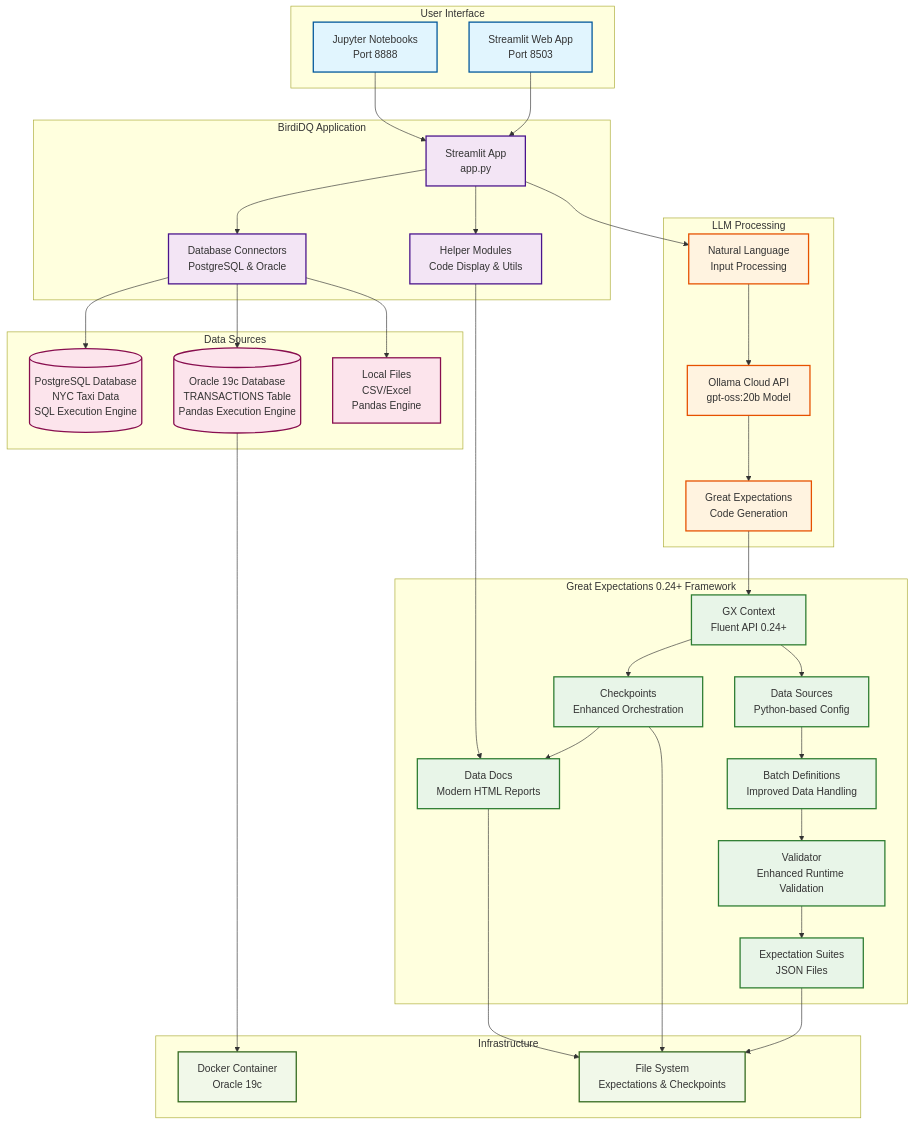
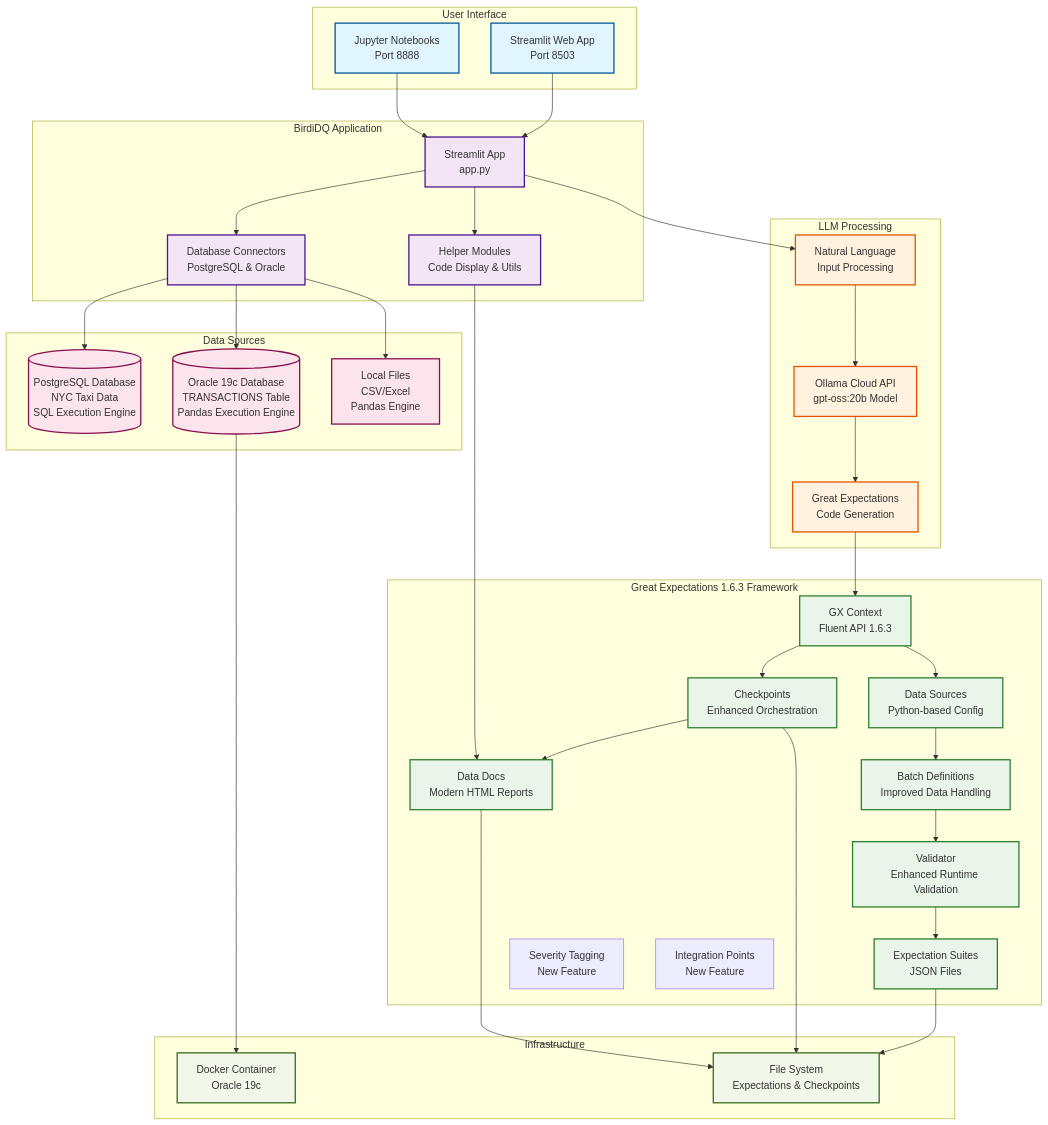
The second of 2 diagrams in MIGRATION_PLAN.md (YavinOwens/BirdiDQ_Ollama), drawn with Mermaid before and after one commit. The commit also changed other lines of this file and 1 other file, not shown here.

First line of the commit message:
Update migration plan to target Great Expectations 1.6.3

```diff
--- a/MIGRATION_PLAN.md
+++ b/MIGRATION_PLAN.md
@@ -145,15 +145,17 @@
         GXCODE[Great Expectations<br/>Code Generation]
     end
     
-    %% Data Validation Engine (Updated GX 0.24+)
-    subgraph "Great Expectations 0.24+ Framework"
-        GX[GX Context<br/>Fluent API 0.24+]
+    %% Data Validation Engine (Updated GX 1.6.3)
+    subgraph "Great Expectations 1.6.3 Framework"
+        GX[GX Context<br/>Fluent API 1.6.3]
         EXPECT[Expectation Suites<br/>JSON Files]
         CHECK[Checkpoints<br/>Enhanced Orchestration]
         DOCS[Data Docs<br/>Modern HTML Reports]
         DATASRC[Data Sources<br/>Python-based Config]
         VALIDATOR[Validator<br/>Enhanced Runtime Validation]
         BATCH[Batch Definitions<br/>Improved Data Handling]
+        SEVERITY[Severity Tagging<br/>New Feature]
+        INTEGRATION[Integration Points<br/>New Feature]
     end
     
     %% Data Sources
```
